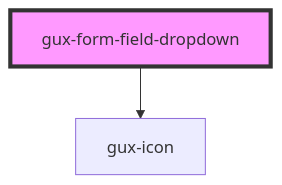
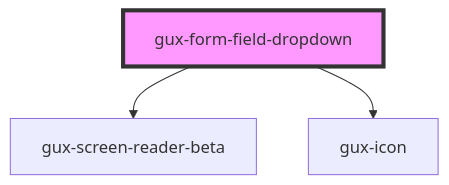
The diagram in packages/genesys-spark-components/src/components/stable/gux-form-field/components/gux-form-field-dropdown/readme.md (MyPureCloud/genesys-spark), drawn with Mermaid before and after one commit. The commit also changed other lines of this file and 10 other files, not shown here.

First line of the commit message:
feat(gux-form-field-dropdown): improve label accessibility (#1219)

````diff
--- a/packages/genesys-spark-components/src/components/stable/gux-form-field/components/gux-form-field-dropdown/readme.md
+++ b/packages/genesys-spark-components/src/components/stable/gux-form-field/components/gux-form-field-dropdown/readme.md
@@ -32,5 +33,6 @@
 ```mermaid
 graph TD;
+  gux-form-field-dropdown --> gux-screen-reader-beta
   gux-form-field-dropdown --> gux-icon
   style gux-form-field-dropdown fill:#f9f,stroke:#333,stroke-width:4px
 ```
````
